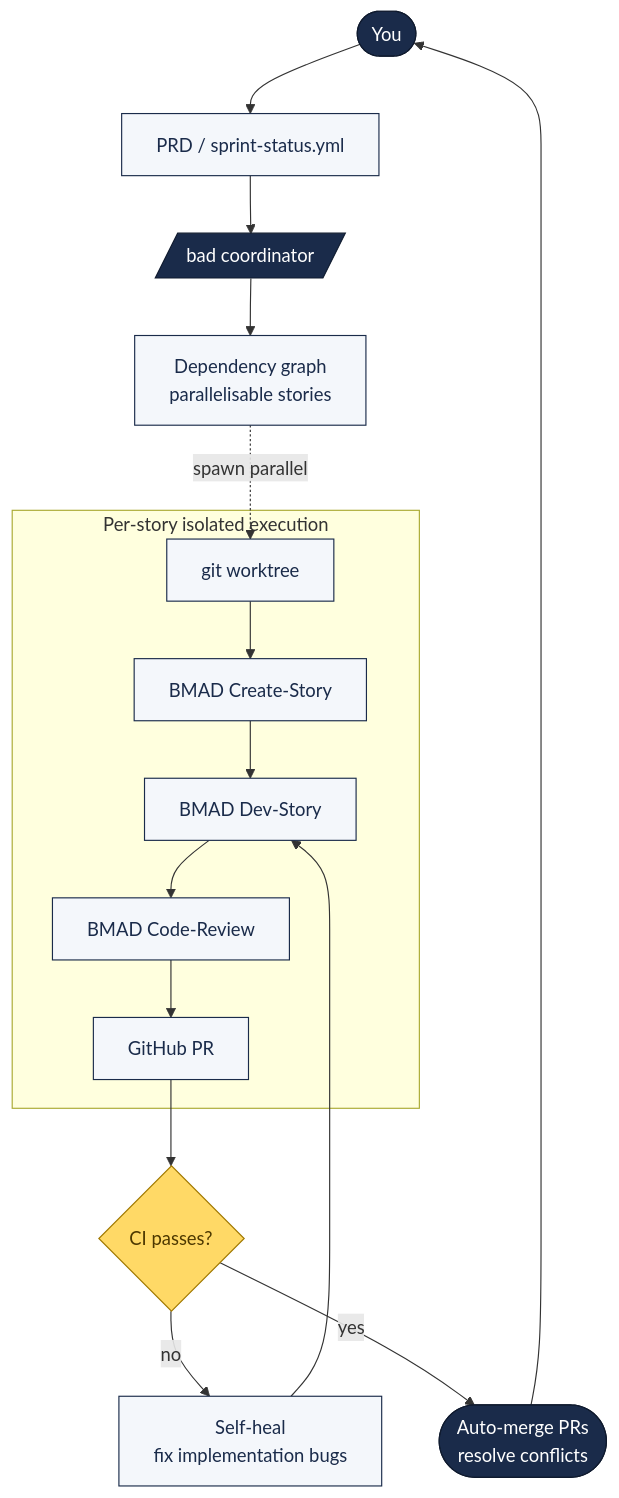
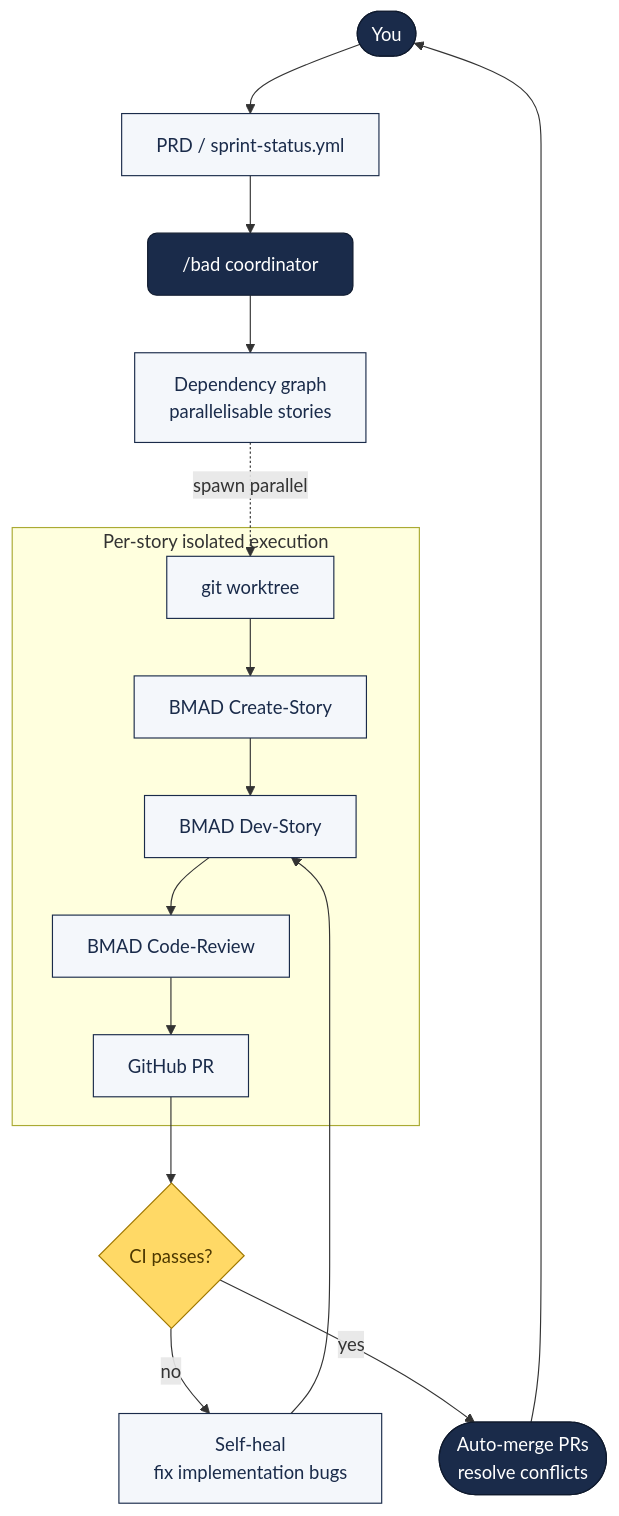
The diagram in docs/bmad.md (ao92265/claude-code-playbook), drawn with Mermaid before and after one commit. The commit also changed 1 other file, not shown here.

Commit message:
Fix mermaid syntax — /bad token was parsed as a trapezoid shape
Two diagrams had bare `[/bad` as node syntax which mermaid interprets as
the start of a trapezoid node shape `[/...\]`. Wrapping the content in
quotes fixes it: `Bad["/bad coordinator"]`, `BAD["/bad BMad<br/>..."]`.

Also removed a redundant `G4 --> Local` arrow that drew to a subgraph
label unnecessarily.

Fixes "Syntax error in text" rendering on the April 2026 Briefing and
BMad Autonomous Development pages.

````diff
--- a/docs/bmad.md
+++ b/docs/bmad.md
@@ -24,40 +24,40 @@
 ```mermaid
 flowchart TB
     You([You])
     Plan[PRD / sprint-status.yml]
-    Bad[/bad coordinator/]
+    Bad["/bad coordinator"]
     Graph[Dependency graph<br/>parallelisable stories]
 
     subgraph "Per-story isolated execution"
         WT[git worktree]
         CS[BMAD Create-Story]
         DS[BMAD Dev-Story]
         CR[BMAD Code-Review]
         PR[GitHub PR]
     end
 
     CI{CI passes?}
     Heal[Self-heal<br/>fix implementation bugs]
     Merge([Auto-merge PRs<br/>resolve conflicts])
 
     You --> Plan
     Plan --> Bad
     Bad --> Graph
     Graph -. spawn parallel .-> WT
     WT --> CS
     CS --> DS
     DS --> CR
     CR --> PR
     PR --> CI
     CI -- no --> Heal
     Heal --> DS
     CI -- yes --> Merge
     Merge --> You
 
     classDef runtime fill:#1a2b4a,stroke:#0f1a2e,color:#fff,rx:8,ry:8;
     classDef step fill:#f4f7fb,stroke:#1a2b4a,color:#1a2b4a;
     classDef gate fill:#ffd966,stroke:#a07800,color:#4d3800;
     class You,Bad,Merge runtime;
     class Plan,Graph,WT,CS,DS,CR,PR,Heal step;
     class CI gate;
 ```
````
